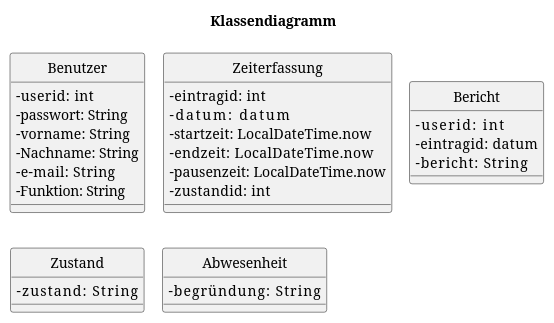
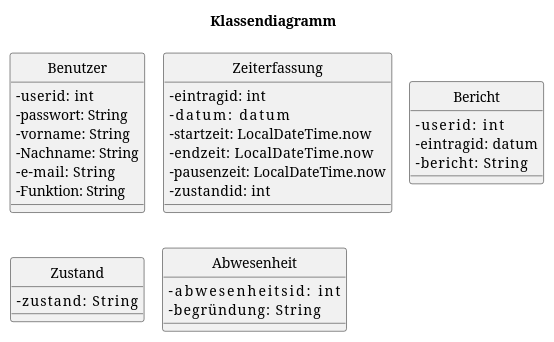
One commit to niks5432/SA-Zeiterfassung-2023-v02 changed the diagram in doc/ZeiterfassungKlassen.puml. Above: the diagram before and after it, drawn with PlantUML. The commit also changed 7 other files, not shown here.

```diff
--- a/doc/ZeiterfassungKlassen.puml
+++ b/doc/ZeiterfassungKlassen.puml
@@ -1,43 +1,44 @@
 @startuml
 !pragma layout smetana
 hide circle
 skinparam classAttributeIconSize 0
 
 title Klassendiagramm
 
 class Benutzer {
     - userid:   int
     - passwort: String
     - vorname:  String
     - Nachname: String
     - e-mail:   String
     - Funktion: String
 }
 
 class Zeiterfassung {
     - eintragid:   int
     - datum:       datum
     - startzeit:   LocalDateTime.now
     - endzeit:     LocalDateTime.now
     - pausenzeit:  LocalDateTime.now
     - zustandid:   int
 
 }
 
 class Bericht {
     - userid:      int
     - eintragid:   datum
     - bericht:     String
 
 }
 
 class Zustand {
     - zustand:      String
 
 }
 class Abwesenheit {
+    - abwesenheitsid:            int
     - begründung:      String
 
 }
 
 @enduml
```
